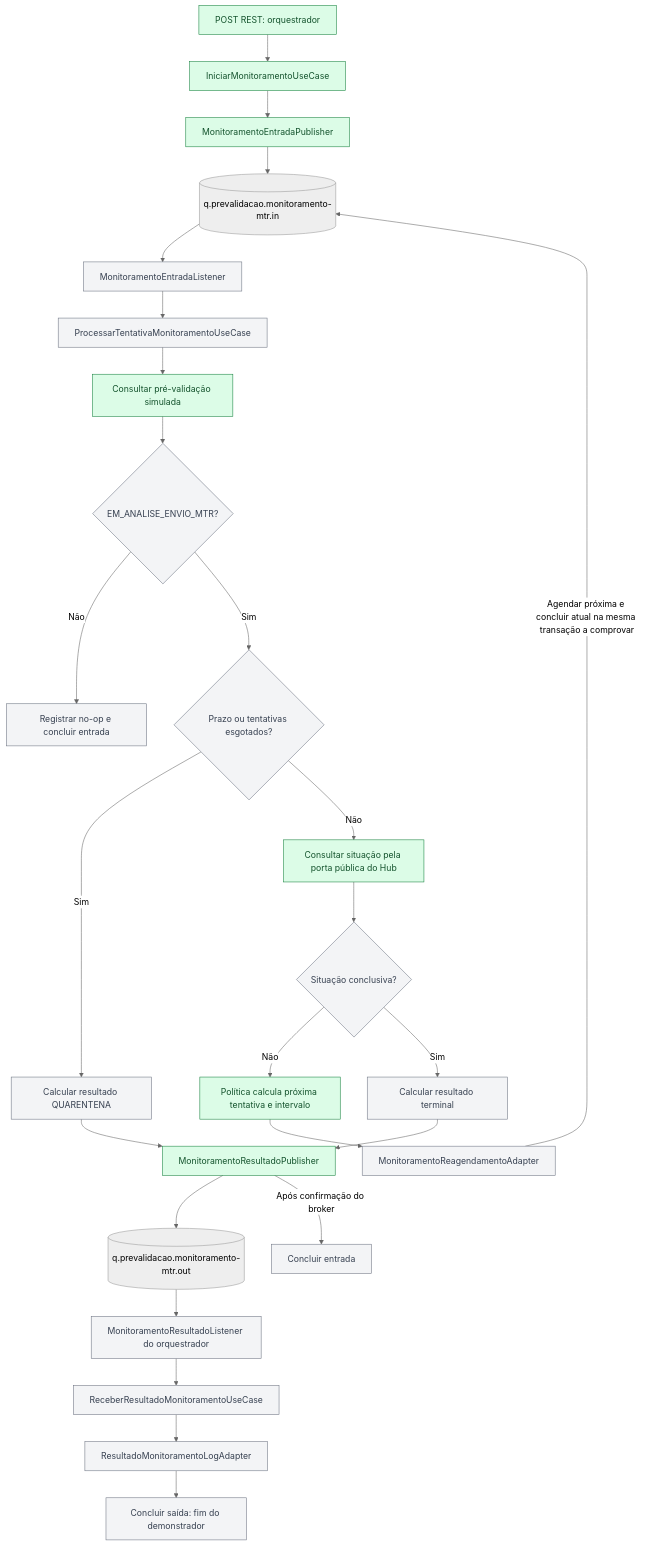
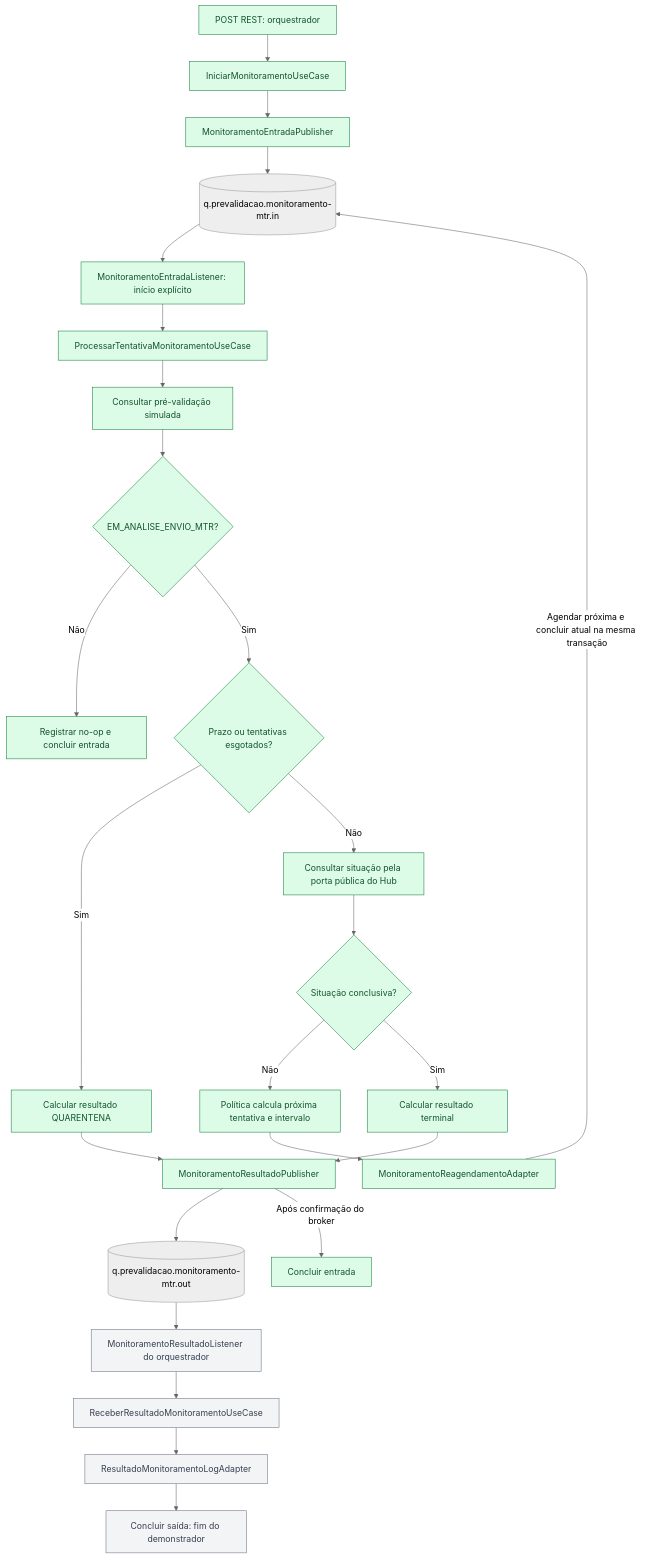
One commit to edoardo-bianco/arvore-documento-quarkus-proxy-ft-simulador-otel changed the diagram in tasks/features/orquestrador-monitoramento-service-bus/guia-desenvolvimento.md. Above: the diagram before and after it, drawn with Mermaid (neutral theme). The commit also changed other lines of this file and 41 other files, not shown here.

First line of the commit message:
feat: processar e reagendar monitoramento via Service Bus

````diff
--- a/tasks/features/orquestrador-monitoramento-service-bus/guia-desenvolvimento.md
+++ b/tasks/features/orquestrador-monitoramento-service-bus/guia-desenvolvimento.md
@@ -105,31 +119,31 @@
 ```mermaid
 flowchart TD
     REST["POST REST: orquestrador"] --> INICIAR["IniciarMonitoramentoUseCase"]
     INICIAR --> PUBIN["MonitoramentoEntradaPublisher"]
     PUBIN --> QIN[("q.prevalidacao.monitoramento-mtr.in")]
-    QIN --> LIN["MonitoramentoEntradaListener"]
+    QIN --> LIN["MonitoramentoEntradaListener: início explícito"]
     LIN --> PROCESSAR["ProcessarTentativaMonitoramentoUseCase"]
     PROCESSAR --> PRE["Consultar pré-validação simulada"]
     PRE --> ELEGIVEL{"EM_ANALISE_ENVIO_MTR?"}
     ELEGIVEL -->|Não| NOOP["Registrar no-op e concluir entrada"]
     ELEGIVEL -->|Sim| LIMITE{"Prazo ou tentativas esgotados?"}
     LIMITE -->|Sim| QUARENTENA["Calcular resultado QUARENTENA"]
     LIMITE -->|Não| HUB["Consultar situação pela porta pública do Hub"]
     HUB --> CONCLUSIVO{"Situação conclusiva?"}
     CONCLUSIVO -->|Não| POLITICA["Política calcula próxima tentativa e intervalo"]
     POLITICA --> REAGENDAR["MonitoramentoReagendamentoAdapter"]
-    REAGENDAR -->|"Agendar próxima e concluir atual na mesma transação a comprovar"| QIN
+    REAGENDAR -->|"Agendar próxima e concluir atual na mesma transação"| QIN
     CONCLUSIVO -->|Sim| RESULTADO["Calcular resultado terminal"]
     RESULTADO --> PUBOUT["MonitoramentoResultadoPublisher"]
     QUARENTENA --> PUBOUT
     PUBOUT --> QOUT[("q.prevalidacao.monitoramento-mtr.out")]
     PUBOUT -->|"Após confirmação do broker"| COMPLETEIN["Concluir entrada"]
     QOUT --> LOUT["MonitoramentoResultadoListener do orquestrador"]
     LOUT --> RECEBER["ReceberResultadoMonitoramentoUseCase"]
     RECEBER --> LOG["ResultadoMonitoramentoLogAdapter"]
     LOG --> FIM["Concluir saída: fim do demonstrador"]
     classDef implementado fill:#dcfce7,stroke:#15803d,color:#14532d;
     classDef pendente fill:#f3f4f6,stroke:#6b7280,color:#374151;
-    class REST,INICIAR,PUBIN,PRE,HUB,POLITICA,PUBOUT implementado;
-    class LIN,PROCESSAR,ELEGIVEL,NOOP,LIMITE,QUARENTENA,CONCLUSIVO,REAGENDAR,RESULTADO,COMPLETEIN,LOUT,RECEBER,LOG,FIM pendente;
+    class REST,INICIAR,PUBIN,PRE,HUB,POLITICA,PUBOUT,LIN,PROCESSAR,ELEGIVEL,NOOP,LIMITE,QUARENTENA,CONCLUSIVO,RESULTADO,COMPLETEIN,REAGENDAR implementado;
+    class LOUT,RECEBER,LOG,FIM pendente;
 ```
````
